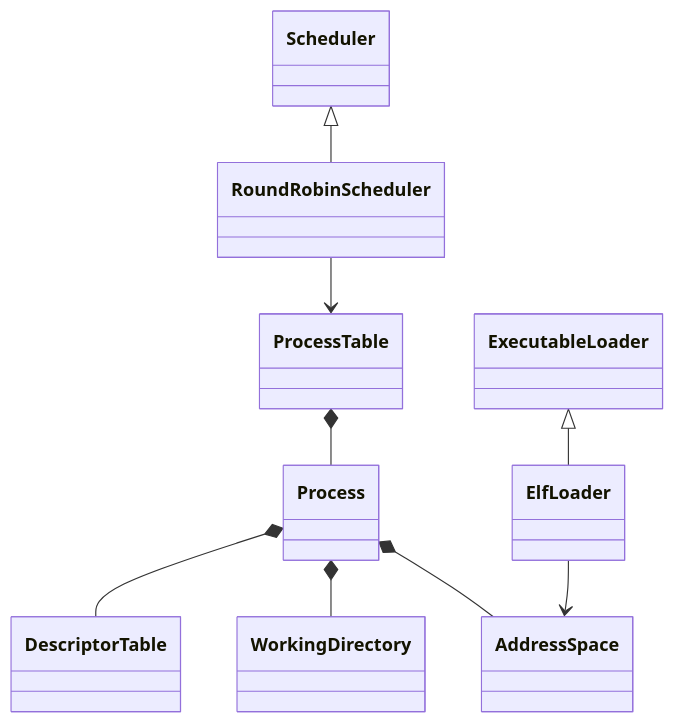
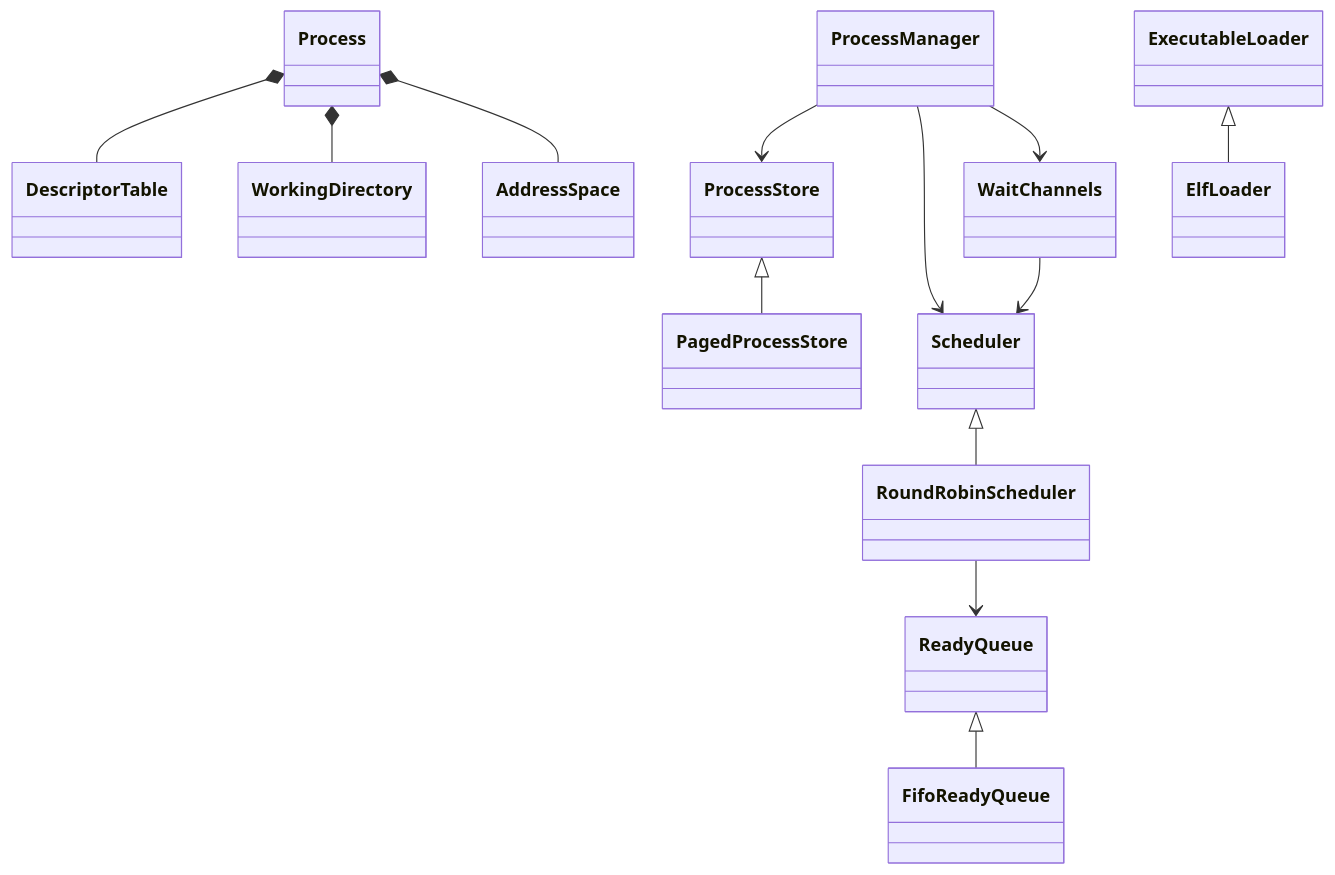
The diagram in kernel/process/README.md (barrenham/xv6-cpp), drawn with Mermaid before and after one commit. The commit also changed other lines of this file and 55 other files, not shown here.

Commit message:
Scale process storage and separate scheduler policies from runtime

````diff
--- a/kernel/process/README.md
+++ b/kernel/process/README.md
@@ -22,11 +24,15 @@
 ```mermaid
 classDiagram
   Process *-- DescriptorTable
   Process *-- WorkingDirectory
   Process *-- AddressSpace
-  ProcessTable *-- Process
+  ProcessStore <|-- PagedProcessStore
+  ReadyQueue <|-- FifoReadyQueue
   Scheduler <|-- RoundRobinScheduler
+  ProcessManager --> ProcessStore
+  ProcessManager --> Scheduler
+  ProcessManager --> WaitChannels
+  WaitChannels --> Scheduler
+  RoundRobinScheduler --> ReadyQueue
   ExecutableLoader <|-- ElfLoader
-  RoundRobinScheduler --> ProcessTable
-  ElfLoader --> AddressSpace
 ```
````
